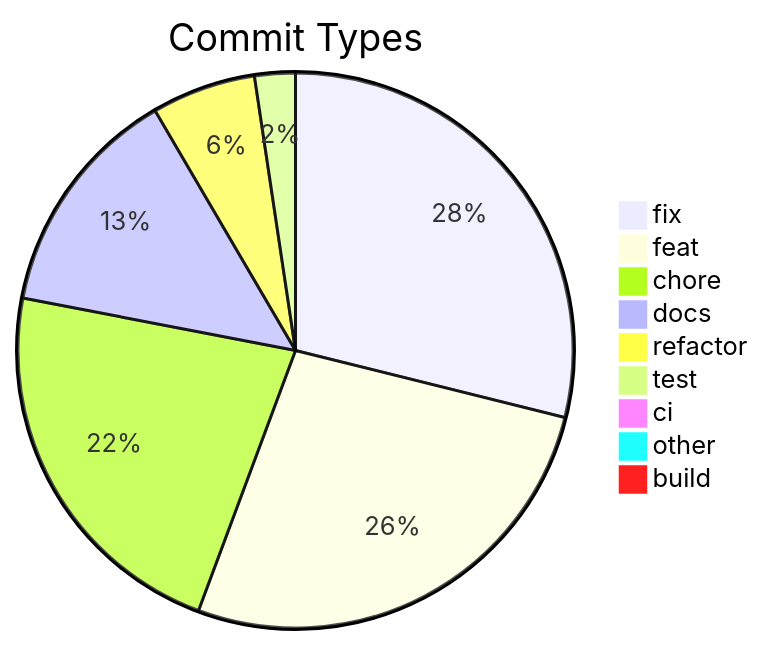
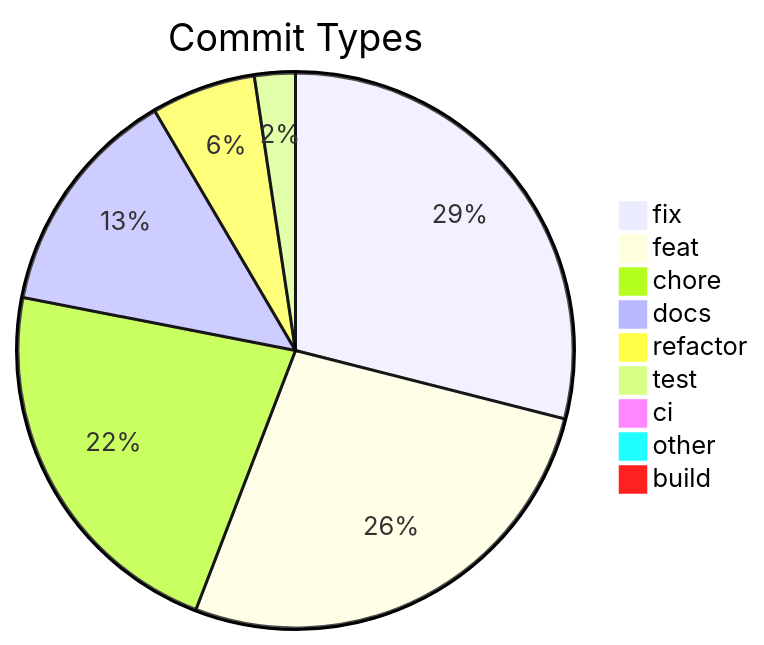
Before and after one commit to svenroth-ai/shipwright: the diagram in .shipwright/compliance/change-history.md, drawn with Mermaid. The commit also changed other lines of this file and 32 other files, not shown here.

````diff
--- a/.shipwright/compliance/change-history.md
+++ b/.shipwright/compliance/change-history.md
@@ -8,12 +8,12 @@
 ```mermaid
 pie title Commit Types
     "fix" : 305
     "feat" : 283
-    "chore" : 236
-    "docs" : 143
+    "chore" : 234
+    "docs" : 142
     "refactor" : 64
     "test" : 25
     "ci" : 8
     "other" : 7
     "build" : 1
 ```
````
